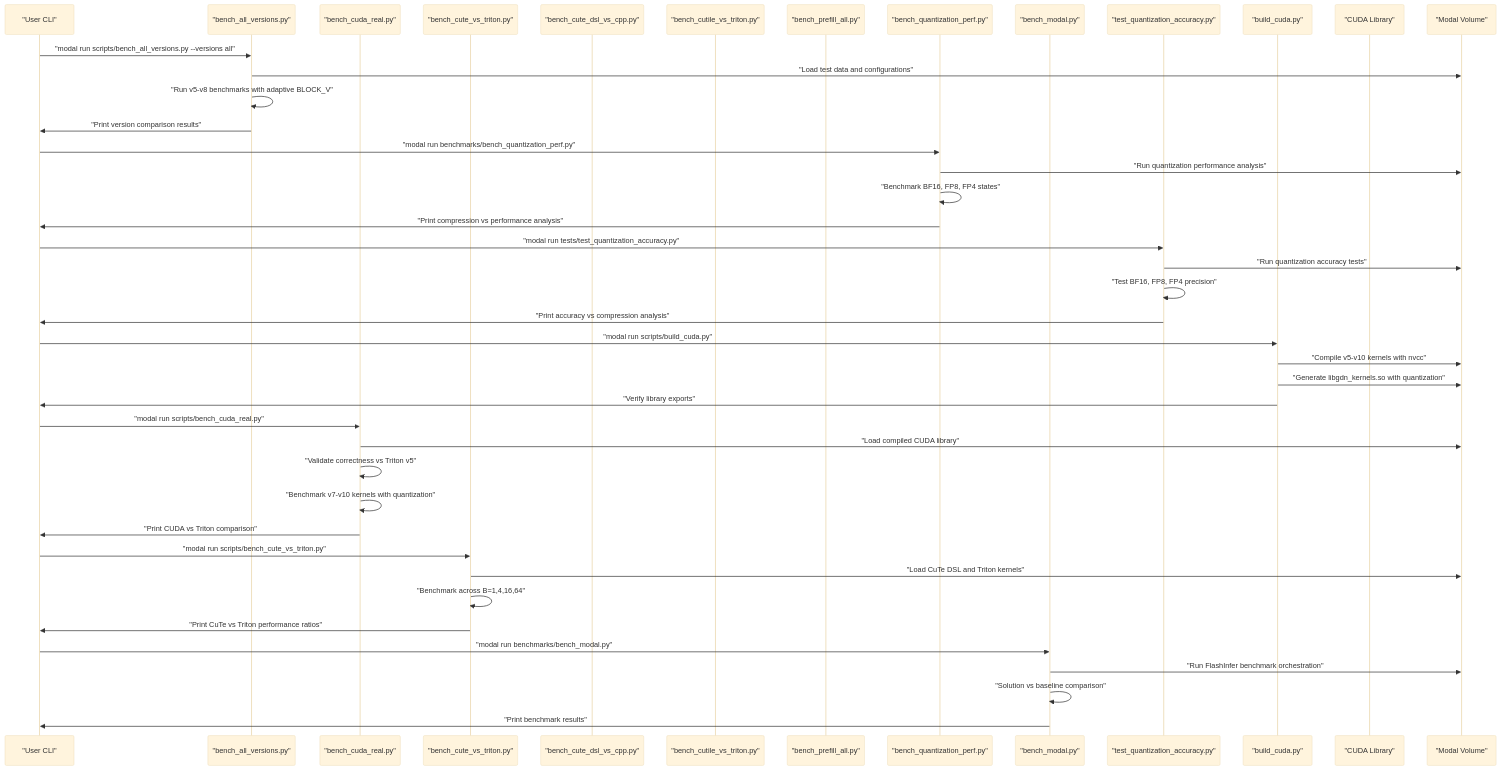
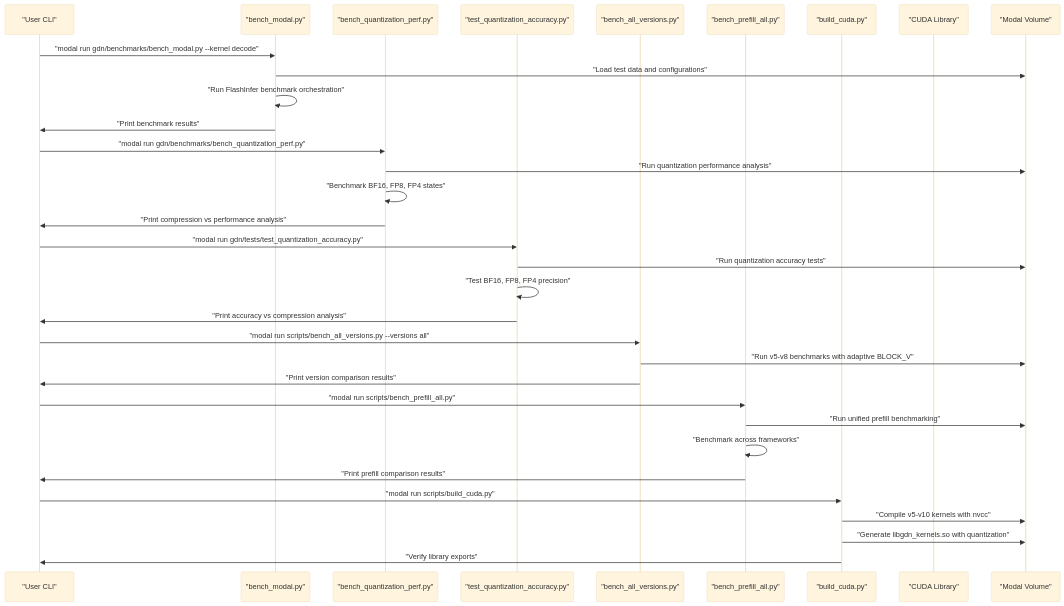
One commit to gugudeshubao/flashinfer-bench-tma-thrust changed the second of 3 diagrams in .qoder/repowiki/en/content/Benchmarking Framework/Benchmarking Framework.md. Above: the diagram before and after it, drawn with Mermaid (base theme). The commit also changed other lines of this file and 21 other files, not shown here.

First line of the commit message:
Move GDN scripts to gdn/scripts/

````diff
--- a/.qoder/repowiki/en/content/Benchmarking Framework/Benchmarking Framework.md
+++ b/.qoder/repowiki/en/content/Benchmarking Framework/Benchmarking Framework.md
@@ -252,45 +232,35 @@
 ```mermaid
 sequenceDiagram
 participant CLI as "User CLI"
+participant BM as "bench_modal.py"
+participant BQP as "bench_quantization_perf.py"
+participant TQA as "test_quantization_accuracy.py"
 participant BAV as "bench_all_versions.py"
-participant BCR as "bench_cuda_real.py"
-participant BCT as "bench_cute_vs_triton.py"
-participant BCD as "bench_cute_dsl_vs_cpp.py"
-participant BCL as "bench_cutile_vs_triton.py"
 participant BPA as "bench_prefill_all.py"
-participant BQP as "bench_quantization_perf.py"
-participant BM as "bench_modal.py"
-participant TQA as "test_quantization_accuracy.py"
 participant BC as "build_cuda.py"
 participant CUDA as "CUDA Library"
 participant FS as "Modal Volume"
-CLI->>BAV : "modal run scripts/bench_all_versions.py --versions all"
-BAV->>FS : "Load test data and configurations"
-BAV->>BAV : "Run v5-v8 benchmarks with adaptive BLOCK_V"
-BAV->>CLI : "Print version comparison results"
-CLI->>BQP : "modal run benchmarks/bench_quantization_perf.py"
+CLI->>BM : "modal run gdn/benchmarks/bench_modal.py --kernel decode"
+BM->>FS : "Load test data and configurations"
+BM->>BM : "Run FlashInfer benchmark orchestration"
+BM->>CLI : "Print benchmark results"
+CLI->>BQP : "modal run gdn/benchmarks/bench_quantization_perf.py"
 BQP->>FS : "Run quantization performance analysis"
 BQP->>BQP : "Benchmark BF16, FP8, FP4 states"
 BQP->>CLI : "Print compression vs performance analysis"
-CLI->>TQA : "modal run tests/test_quantization_accuracy.py"
+CLI->>TQA : "modal run gdn/tests/test_quantization_accuracy.py"
 TQA->>FS : "Run quantization accuracy tests"
 TQA->>TQA : "Test BF16, FP8, FP4 precision"
 TQA->>CLI : "Print accuracy vs compression analysis"
+CLI->>BAV : "modal run scripts/bench_all_versions.py --versions all"
+BAV->>FS : "Run v5-v8 benchmarks with adaptive BLOCK_V"
+BAV->>CLI : "Print version comparison results"
+CLI->>BPA : "modal run scripts/bench_prefill_all.py"
+BPA->>FS : "Run unified prefill benchmarking"
+BPA->>BPA : "Benchmark across frameworks"
+BPA->>CLI : "Print prefill comparison results"
 CLI->>BC : "modal run scripts/build_cuda.py"
 BC->>FS : "Compile v5-v10 kernels with nvcc"
 BC->>FS : "Generate libgdn_kernels.so with quantization"
 BC->>CLI : "Verify library exports"
-CLI->>BCR : "modal run scripts/bench_cuda_real.py"
-BCR->>FS : "Load compiled CUDA library"
-BCR->>BCR : "Validate correctness vs Triton v5"
-BCR->>BCR : "Benchmark v7-v10 kernels with quantization"
-BCR->>CLI : "Print CUDA vs Triton comparison"
-CLI->>BCT : "modal run scripts/bench_cute_vs_triton.py"
-BCT->>FS : "Load CuTe DSL and Triton kernels"
-BCT->>BCT : "Benchmark across B=1,4,16,64"
-BCT->>CLI : "Print CuTe vs Triton performance ratios"
-CLI->>BM : "modal run benchmarks/bench_modal.py"
-BM->>FS : "Run FlashInfer benchmark orchestration"
-BM->>BM : "Solution vs baseline comparison"
-BM->>CLI : "Print benchmark results"
 ```
````
